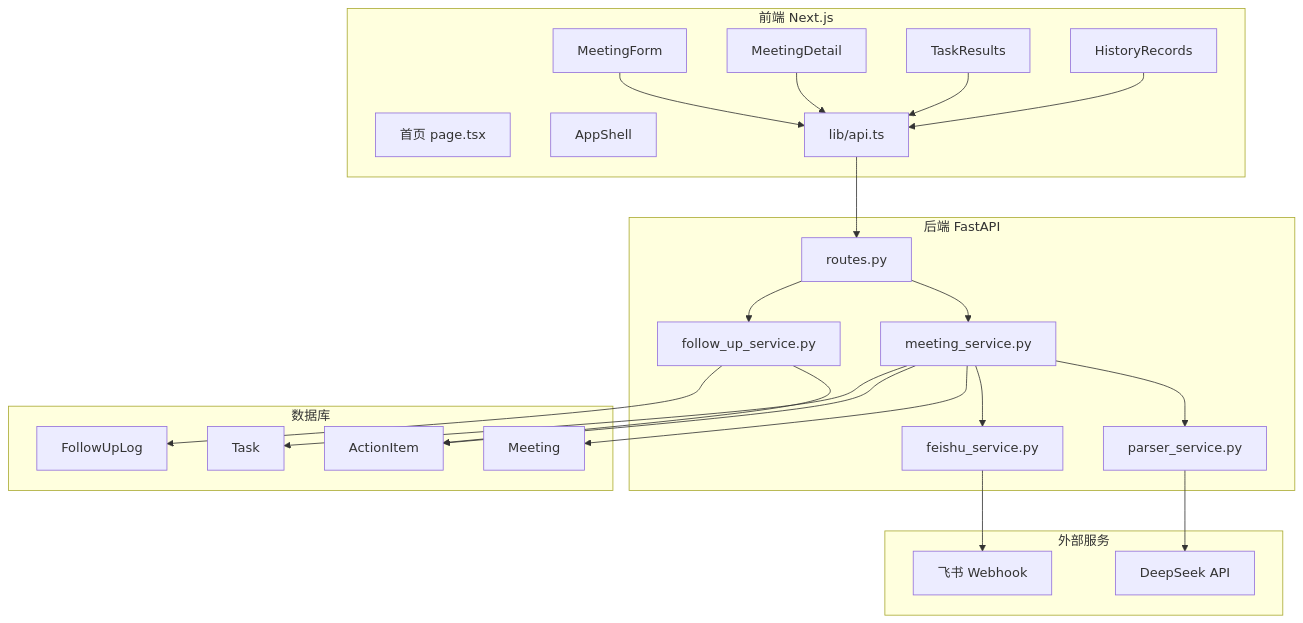
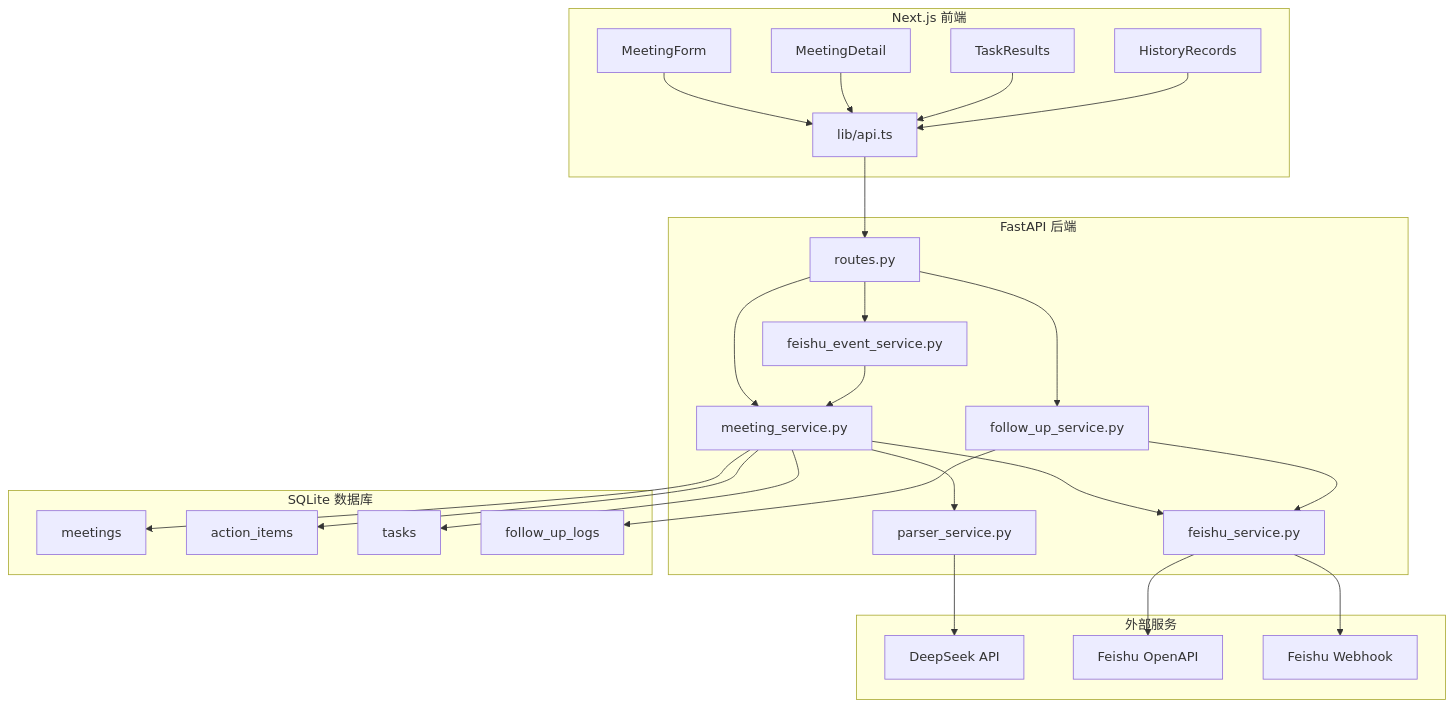
One commit to Ping-z330/action_bridge changed the second of 2 diagrams in README.md. Above: the diagram before and after it, drawn with Mermaid. The commit also changed other lines of this file and 4 other files, not shown here.

````diff
--- a/README.md
+++ b/README.md
@@ -123,52 +80,55 @@
 ```mermaid
 flowchart TD
-    subgraph Frontend[前端 Next.js]
-        A1[首页 page.tsx]
-        A2[MeetingForm]
-        A3[MeetingDetail]
-        A4[TaskResults]
-        A5[HistoryRecords]
-        A6[AppShell]
-        A7[lib/api.ts]
+    subgraph Frontend[Next.js 前端]
+        F1[MeetingForm]
+        F2[MeetingDetail]
+        F3[TaskResults]
+        F4[HistoryRecords]
+        F5[lib/api.ts]
     end
 
-    subgraph Backend[后端 FastAPI]
+    subgraph Backend[FastAPI 后端]
         B1[routes.py]
         B2[meeting_service.py]
         B3[parser_service.py]
         B4[feishu_service.py]
-        B5[follow_up_service.py]
+        B5[feishu_event_service.py]
+        B6[follow_up_service.py]
     end
 
-    subgraph DB[数据库]
-        C1[Meeting]
-        C2[ActionItem]
-        C3[Task]
-        C4[FollowUpLog]
+    subgraph DB[SQLite 数据库]
+        D1[meetings]
+        D2[action_items]
+        D3[tasks]
+        D4[follow_up_logs]
     end
 
     subgraph External[外部服务]
-        D1[DeepSeek API]
-        D2[飞书 Webhook]
+        E1[DeepSeek API]
+        E2[Feishu OpenAPI]
+        E3[Feishu Webhook]
     end
 
-    A2 --> A7
-    A3 --> A7
-    A4 --> A7
-    A5 --> A7
-    A7 --> B1
+    F1 --> F5
+    F2 --> F5
+    F3 --> F5
+    F4 --> F5
+    F5 --> B1
 
     B1 --> B2
     B1 --> B5
+    B1 --> B6
     B2 --> B3
     B2 --> B4
+    B5 --> B2
+    B6 --> B4
 
-    B3 --> D1
-    B4 --> D2
+    B3 --> E1
+    B4 --> E2
+    B4 --> E3
 
-    B2 --> C1
-    B2 --> C2
-    B2 --> C3
-    B5 --> C2
-    B5 --> C4
+    B2 --> D1
+    B2 --> D2
+    B2 --> D3
+    B6 --> D4
 ```
````
